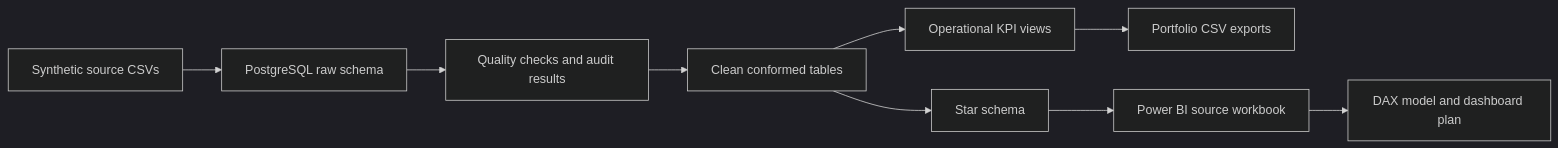
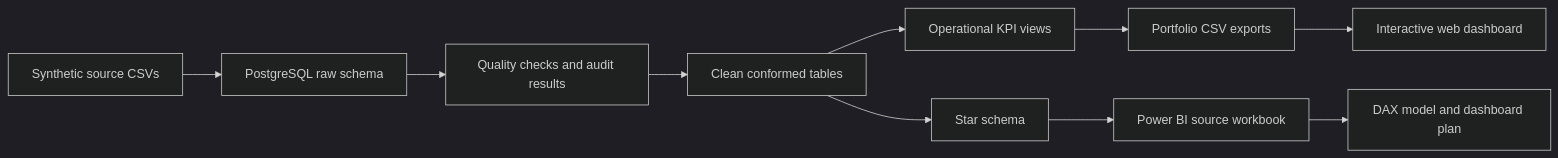
The diagram in README.md (Akshayamin13/supply-chain-operations-control-tower), drawn with Mermaid (dark theme) before and after one commit. The commit also changed other lines of this file, not shown here.

Commit message:
Add interactive control tower dashboard

````diff
--- a/README.md
+++ b/README.md
@@ -31,11 +32,12 @@
 ```mermaid
 flowchart LR
     A[Synthetic source CSVs] --> B[PostgreSQL raw schema]
     B --> C[Quality checks and audit results]
     C --> D[Clean conformed tables]
     D --> E[Operational KPI views]
     D --> F[Star schema]
     E --> G[Portfolio CSV exports]
     F --> H[Power BI source workbook]
     H --> I[DAX model and dashboard plan]
+    G --> J[Interactive web dashboard]
 ```
````
